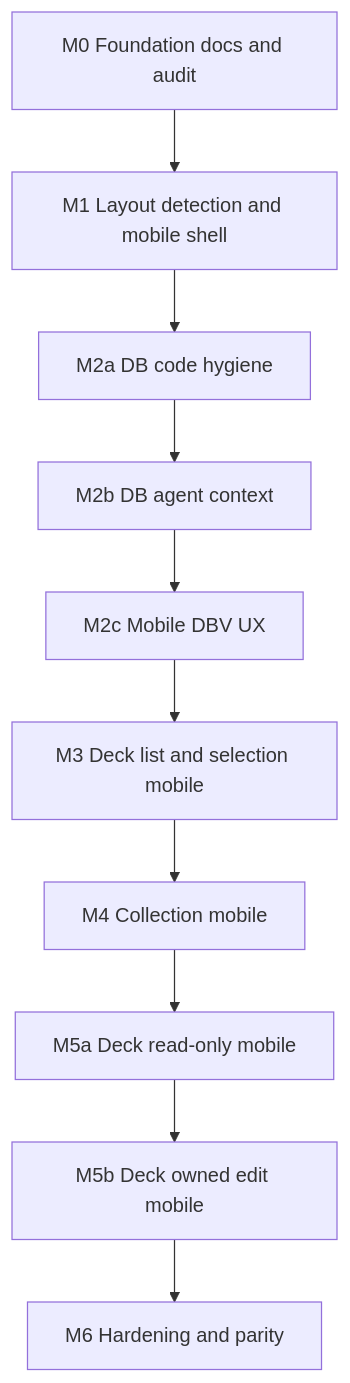
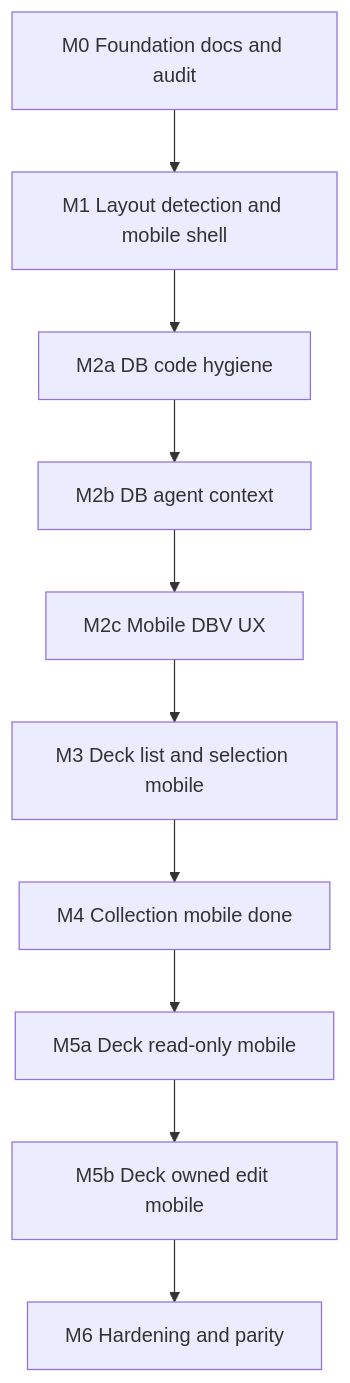
The diagram in MOBILE_DESIGN.md (KyleGowen/overpower-deckbuilder), drawn with Mermaid before and after one commit. The commit also changed other lines of this file and 4 other files, not shown here.

First line of the commit message:
Collection view mobile: text filter replaces sort dropdown

````diff
--- a/MOBILE_DESIGN.md
+++ b/MOBILE_DESIGN.md
@@ -60,22 +60,22 @@
 ```mermaid
 flowchart TB
   M0[M0 Foundation docs and audit]
   M1[M1 Layout detection and mobile shell]
   M2a[M2a DB code hygiene]
   M2b[M2b DB agent context]
   M2c[M2c Mobile DBV UX]
   M3[M3 Deck list and selection mobile]
-  M4[M4 Collection mobile]
+  M4[M4 Collection mobile done]
   M5a[M5a Deck read-only mobile]
   M5b[M5b Deck owned edit mobile]
   M6[M6 Hardening and parity]
   M0 --> M1
   M1 --> M2a
   M2a --> M2b
   M2b --> M2c
   M2c --> M3
   M3 --> M4
   M4 --> M5a
   M5a --> M5b
   M5b --> M6
 ```
````
